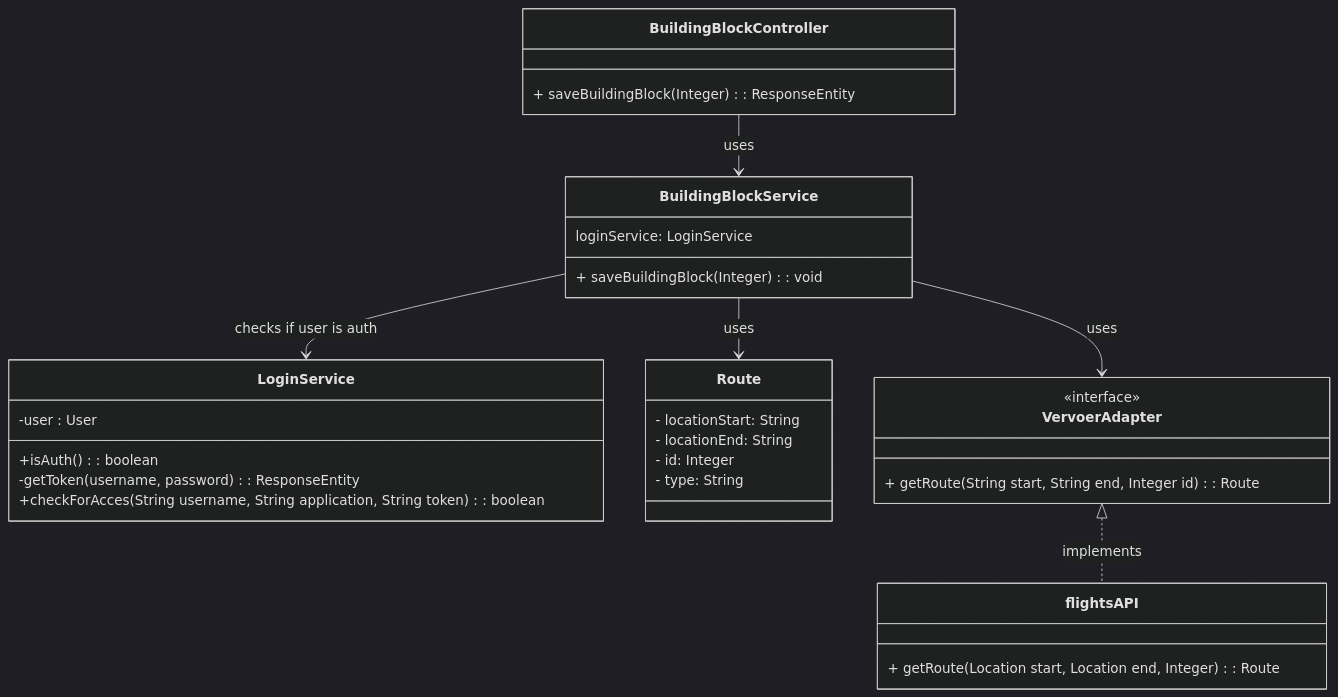
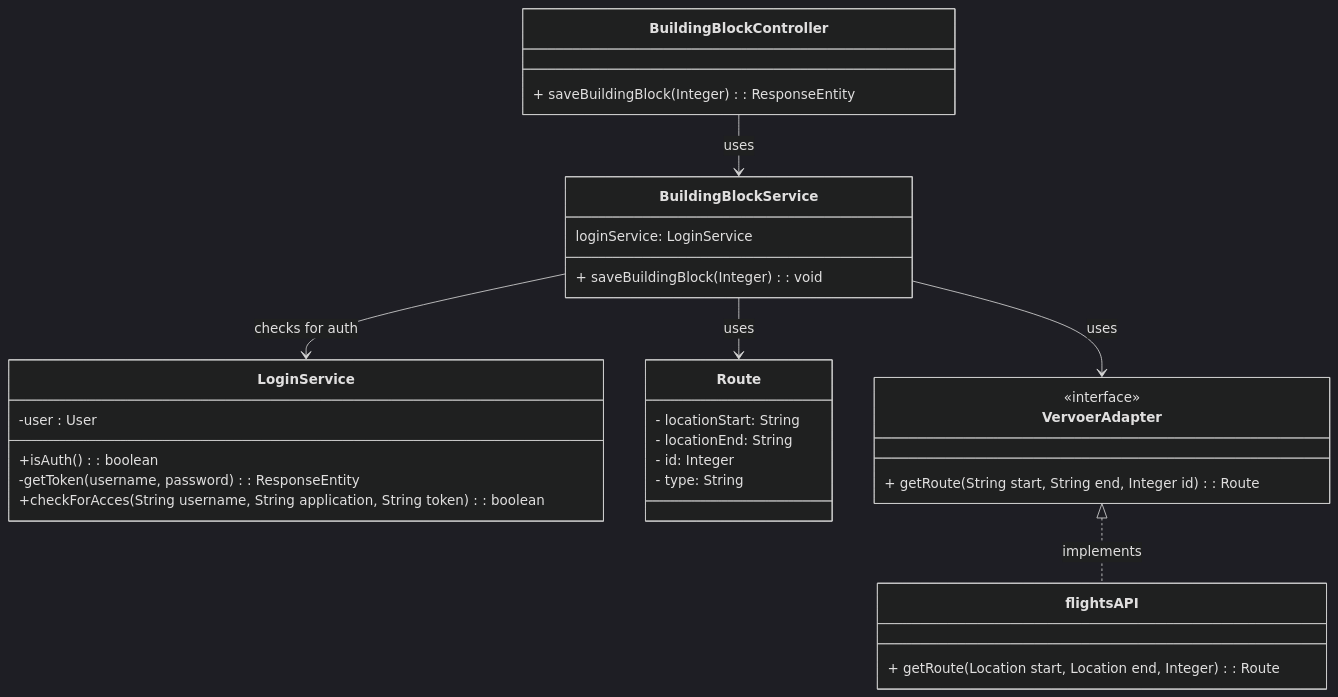
One commit to AIM-ENE-feb25/triptop-inshallahboys changed the third of 3 diagrams in software-guidebook/README.md. Above: the diagram before and after it, drawn with Mermaid (dark theme). The commit also changed other lines of this file and 2 other files, not shown here.

````diff
--- a/software-guidebook/README.md
+++ b/software-guidebook/README.md
@@ -211,41 +213,41 @@
 ```mermaid
 classDiagram
 
 class BuildingBlockController {
     + saveBuildingBlock(Integer): ResponseEntity<Integer>
 }
 
 class BuildingBlockService {
     loginService: LoginService
     + saveBuildingBlock(Integer): void
 }
 
 class LoginService{
     -user : User
     +isAuth() : boolean
     -getToken(username, password) : ResponseEntity<String>
     +checkForAcces(String username, String application, String token) : boolean
 }
 
 class Route {
     - locationStart: String
     - locationEnd: String
     - id: Integer
     - type: String
 }
 
 class VervoerAdapter {
     <<interface>>
     + getRoute(String start, String end, Integer id): Route
 }
 
 class flightsAPI{
     + getRoute(Location start, Location end, Integer): Route
 }
 
 BuildingBlockController --> BuildingBlockService : uses
-BuildingBlockService --> LoginService : checks if user is auth
+BuildingBlockService --> LoginService : checks for auth
 BuildingBlockService --> VervoerAdapter : uses
 BuildingBlockService --> Route : uses
 VervoerAdapter <|.. flightsAPI : implements
 ```
````
